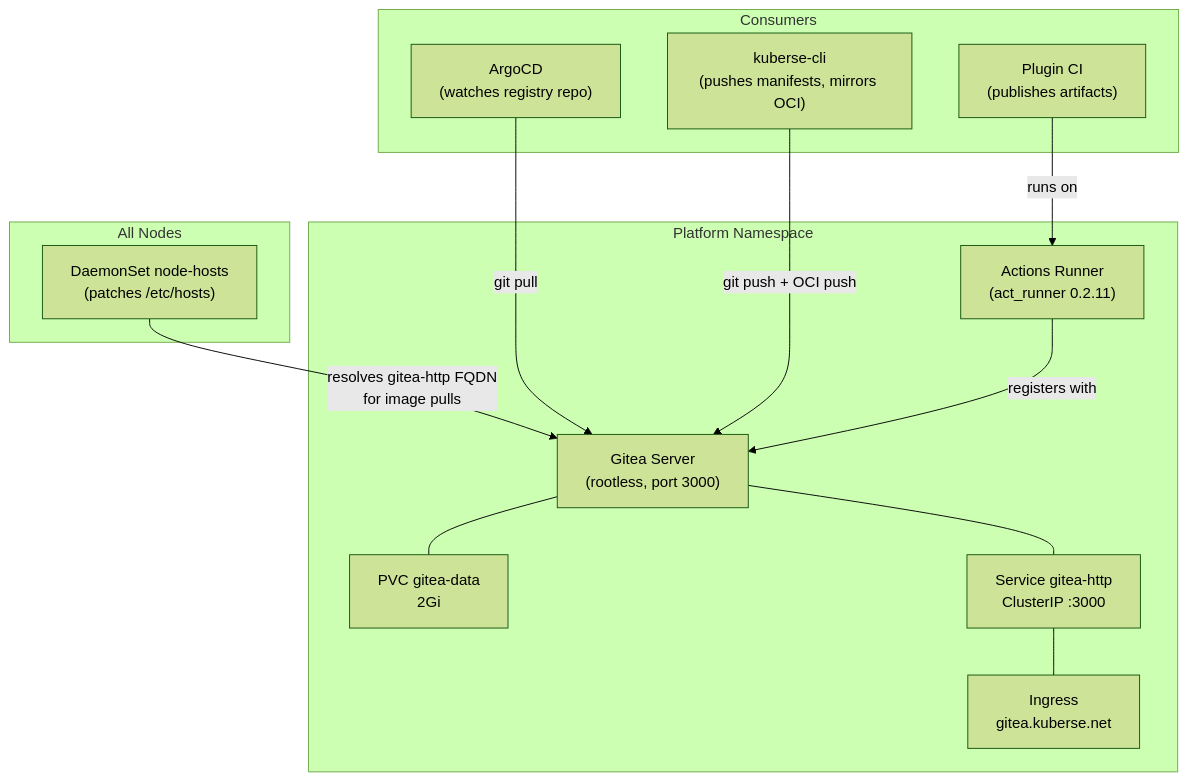
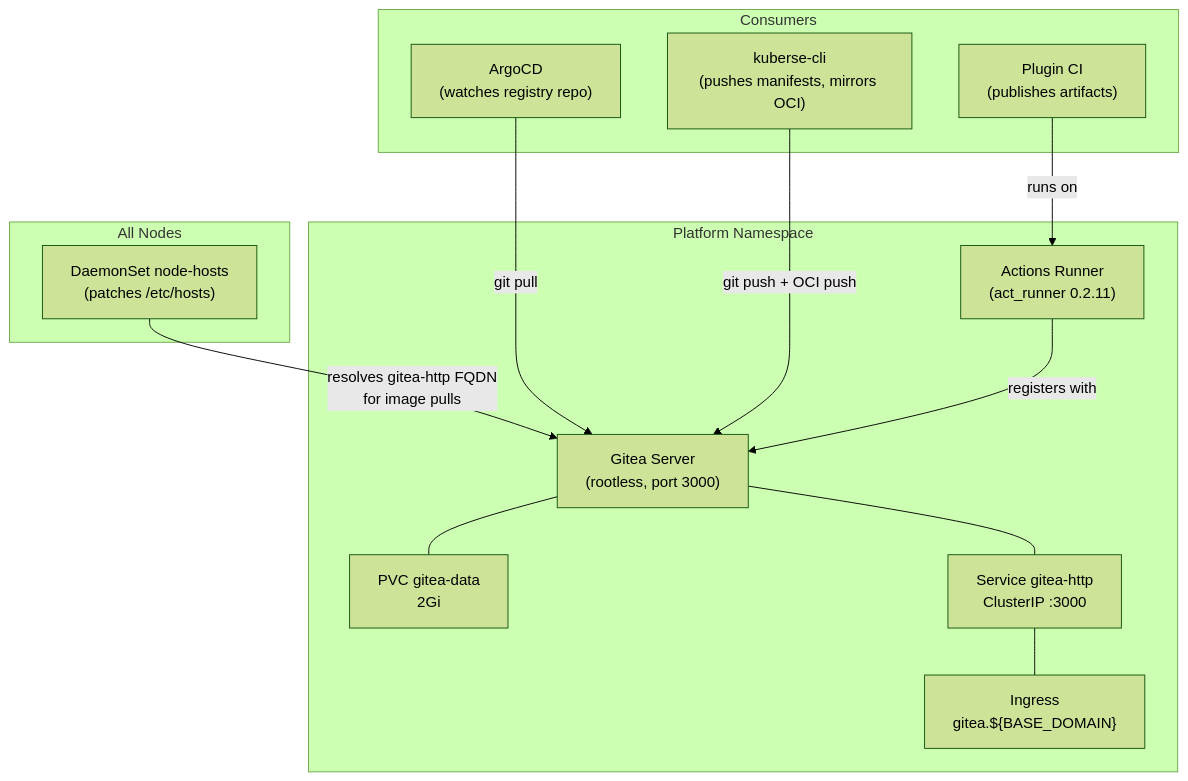
The diagram in platform/gitea/docs/index.md (MarioAPGS/kuberse), drawn with Mermaid (forest theme) before and after one commit. The commit also changed other lines of this file and 15 other files, not shown here.

````diff
--- a/platform/gitea/docs/index.md
+++ b/platform/gitea/docs/index.md
@@ -23,29 +23,29 @@
 ```mermaid
 graph TB
     subgraph "Platform Namespace"
         GITEA["Gitea Server<br/>(rootless, port 3000)"]
         RUNNER["Actions Runner<br/>(act_runner 0.2.11)"]
         PVC["PVC gitea-data<br/>2Gi"]
         SVC["Service gitea-http<br/>ClusterIP :3000"]
-        ING["Ingress<br/>gitea.kuberse.net"]
+        ING["Ingress<br/>gitea.${BASE_DOMAIN}"]
     end
 
     subgraph "All Nodes"
         DMS["DaemonSet node-hosts<br/>(patches /etc/hosts)"]
     end
 
     subgraph "Consumers"
         ARGO["ArgoCD<br/>(watches registry repo)"]
         CLI["kuberse-cli<br/>(pushes manifests, mirrors OCI)"]
         PLUGINS["Plugin CI<br/>(publishes artifacts)"]
     end
 
     GITEA --- PVC
     GITEA --- SVC --- ING
     RUNNER -->|"registers with"| GITEA
     DMS -->|"resolves gitea-http FQDN<br/>for image pulls"| GITEA
 
     ARGO -->|"git pull"| GITEA
     CLI -->|"git push + OCI push"| GITEA
     PLUGINS -->|"runs on"| RUNNER
 ```
````
